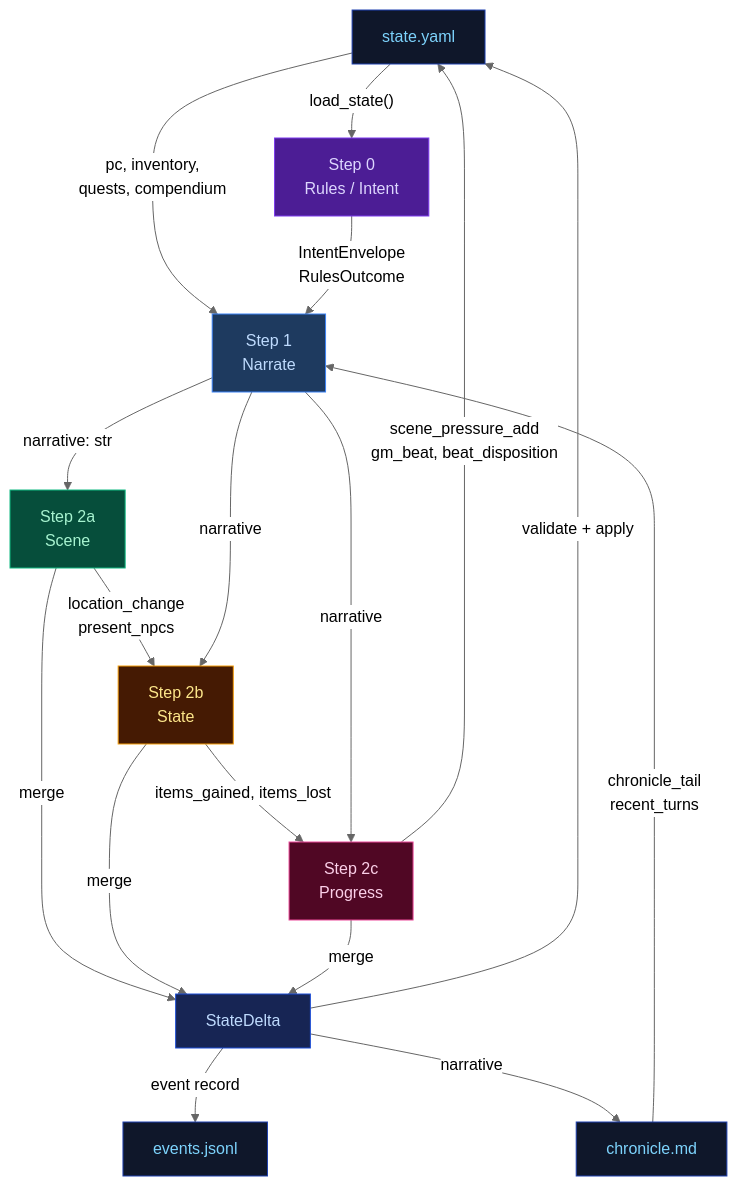
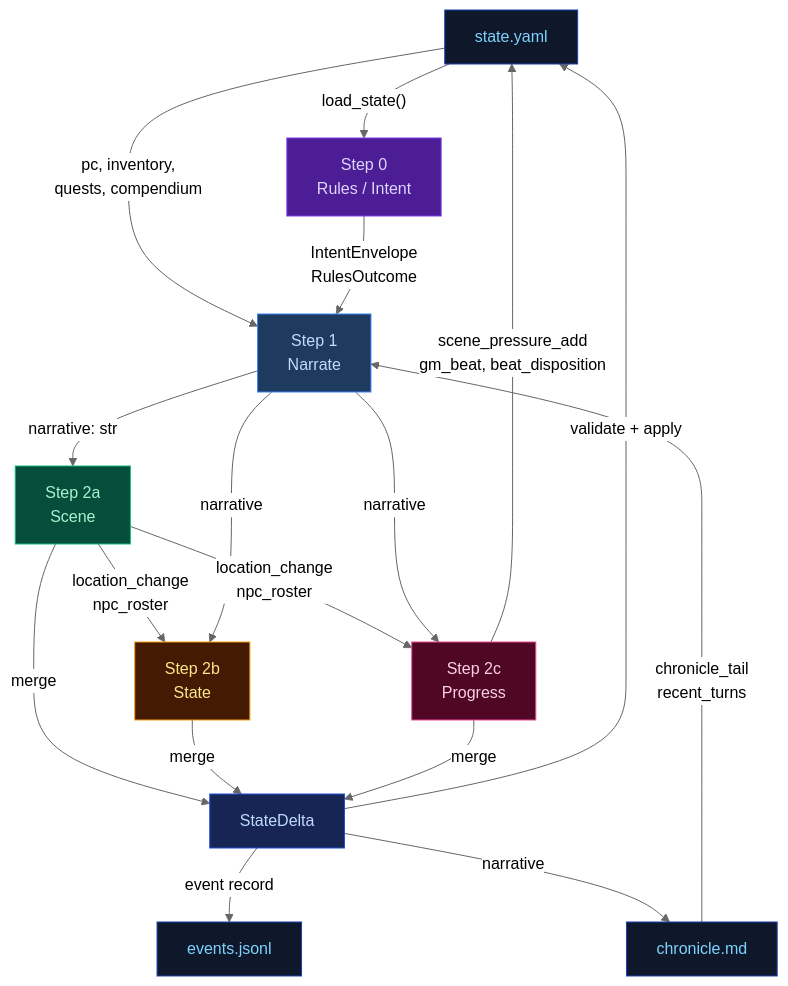
Before and after one commit to pww217/fablethread: the ninth of 15 diagrams in docs/ARCHITECTURE.md, drawn with Mermaid (neutral theme). The commit also changed other lines of this file, not shown here.

First line of the commit message:
docs: update ARCHITECTURE.md for tiered NPC roster and cross-stream changes

````diff
--- a/docs/ARCHITECTURE.md
+++ b/docs/ARCHITECTURE.md
@@ -411,29 +408,29 @@
 ```mermaid
 flowchart TD
     classDef stageRules    fill:#4c1d95,color:#ddd6fe,stroke:#7c3aed
     classDef stageNarrate  fill:#1e3a5f,color:#bfdbfe,stroke:#3b82f6
     classDef stageScene    fill:#064e3b,color:#a7f3d0,stroke:#10b981
     classDef stageState    fill:#451a03,color:#fde68a,stroke:#f59e0b
     classDef stageProgress fill:#500724,color:#fbcfe8,stroke:#ec4899
     classDef storageNode   fill:#0f172a,color:#7dd3fc,stroke:#1e40af
     classDef mergeNode     fill:#172554,color:#bfdbfe,stroke:#1d4ed8
 
     STATE["state.yaml"]:::storageNode
     CHRONICLE["chronicle.md"]:::storageNode
     EVENTS["events.jsonl"]:::storageNode
 
     STATE -- "load_state()" --> STEP0["Step 0<br>Rules / Intent"]:::stageRules
     CHRONICLE -- "chronicle_tail<br>recent_turns" --> STEP1["Step 1<br>Narrate"]:::stageNarrate
     STATE -- "pc, inventory,<br>quests, compendium" --> STEP1
     STEP0 -- "IntentEnvelope<br>RulesOutcome" --> STEP1
     STEP1 -- "narrative: str" --> STEP2A["Step 2a<br>Scene"]:::stageScene
-    STEP2A -- "location_change<br>present_npcs" --> STEP2B["Step 2b<br>State"]:::stageState
+    STEP2A -- "location_change<br>npc_roster" --> STEP2B["Step 2b<br>State"]:::stageState
     STEP1 -- "narrative" --> STEP2B
-    STEP2B -- "items_gained, items_lost" --> STEP2C["Step 2c<br>Progress"]:::stageProgress
+    STEP2A -- "location_change<br>npc_roster" --> STEP2C["Step 2c<br>Progress"]:::stageProgress
     STEP1 -- "narrative" --> STEP2C
     STEP2A & STEP2B & STEP2C -- "merge" --> DELTA["StateDelta"]:::mergeNode
     DELTA -- "validate + apply" --> STATE
     DELTA -- "event record" --> EVENTS
     DELTA -- "narrative" --> CHRONICLE
     STEP2C -- "scene_pressure_add<br>gm_beat, beat_disposition" --> STATE
 ```
````
